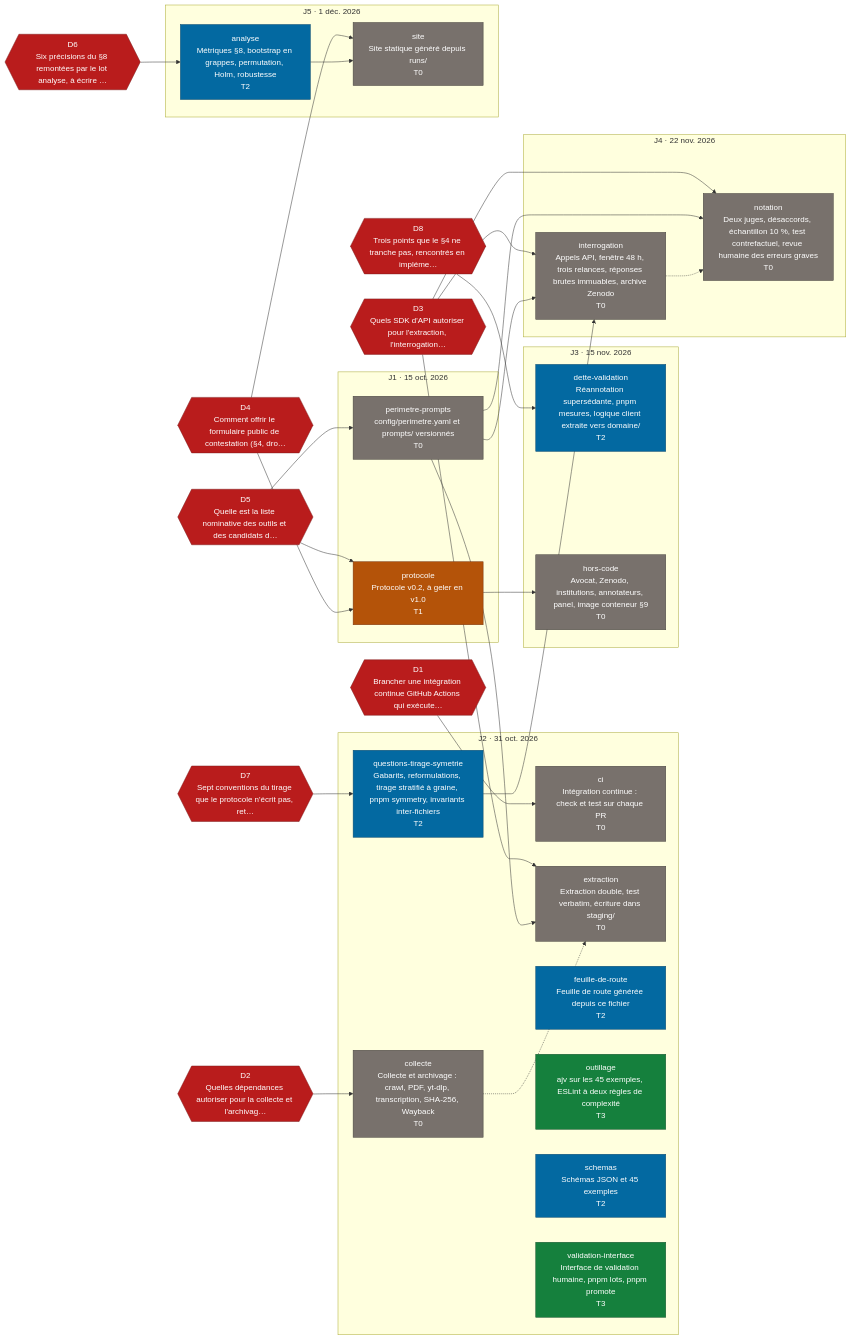
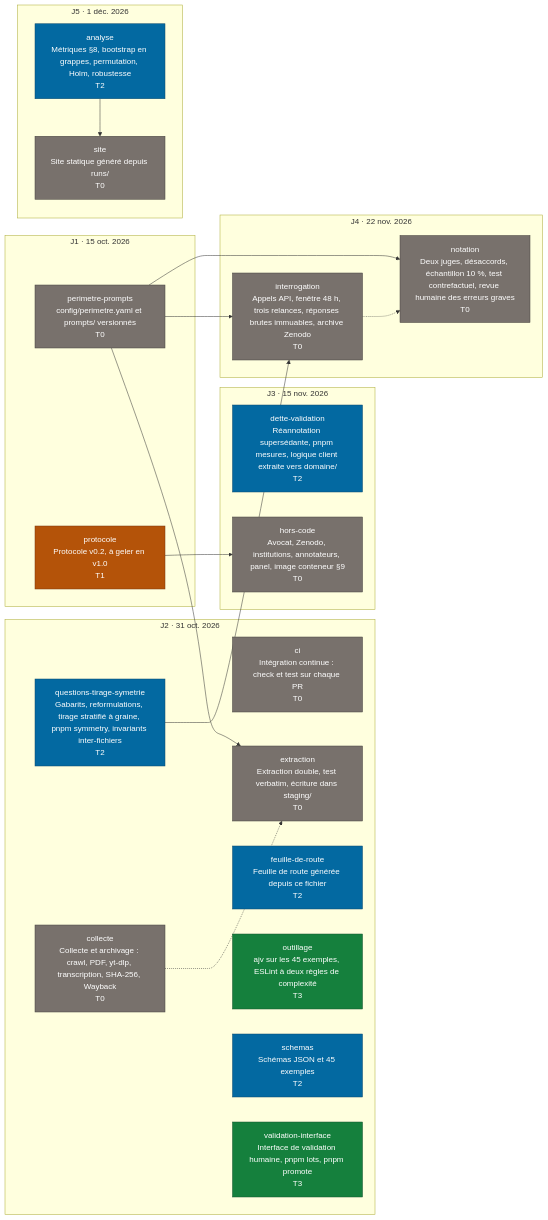
Before and after one commit to AzurNow/DEMOCRACIE_2027: the diagram in docs/FEUILLE-DE-ROUTE.md, drawn with Mermaid. The commit also changed other lines of this file and 5 other files, not shown here.

````diff
--- a/docs/FEUILLE-DE-ROUTE.md
+++ b/docs/FEUILLE-DE-ROUTE.md
@@ -121,63 +47,43 @@
 ```mermaid
 flowchart LR
   subgraph jalon_J1["J1 · 15 oct. 2026"]
     lot_perimetre_prompts["perimetre-prompts<br/>config/perimetre.yaml et prompts/ versionnés<br/>T0"]:::T0
     lot_protocole["protocole<br/>Protocole v0.2, à geler en v1.0<br/>T1"]:::T1
   end
   subgraph jalon_J2["J2 · 31 oct. 2026"]
     lot_ci["ci<br/>Intégration continue : check et test sur chaque PR<br/>T0"]:::T0
     lot_collecte["collecte<br/>Collecte et archivage : crawl, PDF, yt-dlp, transcription, SHA-256, Wayback<br/>T0"]:::T0
     lot_extraction["extraction<br/>Extraction double, test verbatim, écriture dans staging/<br/>T0"]:::T0
     lot_feuille_de_route["feuille-de-route<br/>Feuille de route générée depuis ce fichier<br/>T2"]:::T2
     lot_outillage["outillage<br/>ajv sur les 45 exemples, ESLint à deux règles de complexité<br/>T3"]:::T3
     lot_questions_tirage_symetrie["questions-tirage-symetrie<br/>Gabarits, reformulations, tirage stratifié à graine, pnpm symmetry, invariants inter-fichiers<br/>T2"]:::T2
     lot_schemas["schemas<br/>Schémas JSON et 45 exemples<br/>T2"]:::T2
     lot_validation_interface["validation-interface<br/>Interface de validation humaine, pnpm lots, pnpm promote<br/>T3"]:::T3
   end
   subgraph jalon_J3["J3 · 15 nov. 2026"]
     lot_dette_validation["dette-validation<br/>Réannotation supersédante, pnpm mesures, logique client extraite vers domaine/<br/>T2"]:::T2
     lot_hors_code["hors-code<br/>Avocat, Zenodo, institutions, annotateurs, panel, image conteneur §9<br/>T0"]:::T0
   end
   subgraph jalon_J4["J4 · 22 nov. 2026"]
     lot_interrogation["interrogation<br/>Appels API, fenêtre 48 h, trois relances, réponses brutes immuables, archive Zenodo<br/>T0"]:::T0
     lot_notation["notation<br/>Deux juges, désaccords, échantillon 10 %, test contrefactuel, revue humaine des erreurs graves<br/>T0"]:::T0
   end
   subgraph jalon_J5["J5 · 1 déc. 2026"]
     lot_analyse["analyse<br/>Métriques §8, bootstrap en grappes, permutation, Holm, robustesse<br/>T2"]:::T2
     lot_site["site<br/>Site statique généré depuis runs/<br/>T0"]:::T0
   end
-  dec_D1{{"D1<br/>Brancher une intégration continue GitHub Actions qui exécute…"}}:::decision
-  dec_D2{{"D2<br/>Quelles dépendances autoriser pour la collecte et l'archivag…"}}:::decision
-  dec_D3{{"D3<br/>Quels SDK d'API autoriser pour l'extraction, l'interrogation…"}}:::decision
-  dec_D4{{"D4<br/>Comment offrir le formulaire public de contestation (§4, dro…"}}:::decision
-  dec_D5{{"D5<br/>Quelle est la liste nominative des outils et des candidats d…"}}:::decision
-  dec_D6{{"D6<br/>Six précisions du §8 remontées par le lot analyse, à écrire …"}}:::decision
-  dec_D7{{"D7<br/>Sept conventions du tirage que le protocole n'écrit pas, ret…"}}:::decision
-  dec_D8{{"D8<br/>Trois points que le §4 ne tranche pas, rencontrés en impléme…"}}:::decision
   lot_collecte -.-> lot_extraction
   lot_perimetre_prompts --> lot_extraction
   lot_protocole --> lot_hors_code
   lot_perimetre_prompts --> lot_interrogation
   lot_questions_tirage_symetrie --> lot_interrogation
   lot_interrogation -.-> lot_notation
   lot_perimetre_prompts --> lot_notation
   lot_analyse --> lot_site
-  dec_D1 --> lot_ci
-  dec_D2 --> lot_collecte
-  dec_D3 --> lot_extraction
-  dec_D3 --> lot_interrogation
-  dec_D3 --> lot_notation
-  dec_D4 --> lot_protocole
-  dec_D4 --> lot_site
-  dec_D5 --> lot_perimetre_prompts
-  dec_D5 --> lot_protocole
-  dec_D6 --> lot_analyse
-  dec_D7 --> lot_questions_tirage_symetrie
-  dec_D8 --> lot_dette_validation
   classDef T0 fill:#78716c,color:#ffffff,stroke:#44403c
   classDef T1 fill:#b45309,color:#ffffff,stroke:#78350f
   classDef T2 fill:#0369a1,color:#ffffff,stroke:#0c4a6e
   classDef T3 fill:#15803d,color:#ffffff,stroke:#14532d
   classDef T4 fill:#1d4ed8,color:#ffffff,stroke:#1e3a8a
   classDef decision fill:#b91c1c,color:#ffffff,stroke:#7f1d1d
 ```
````
